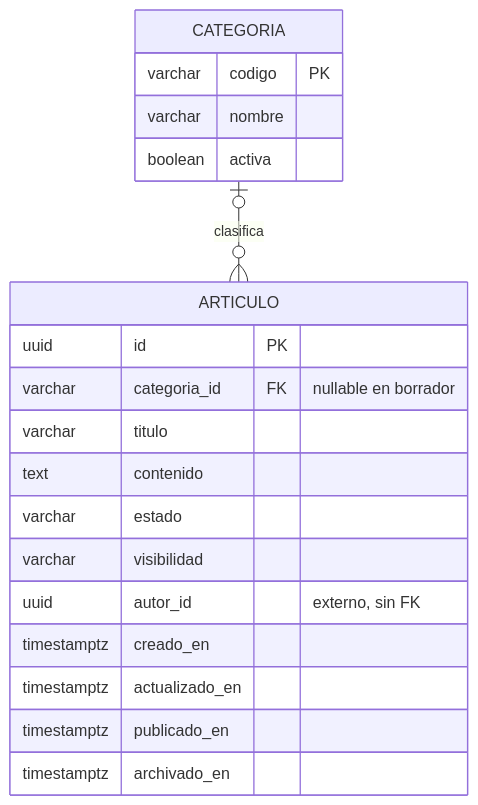
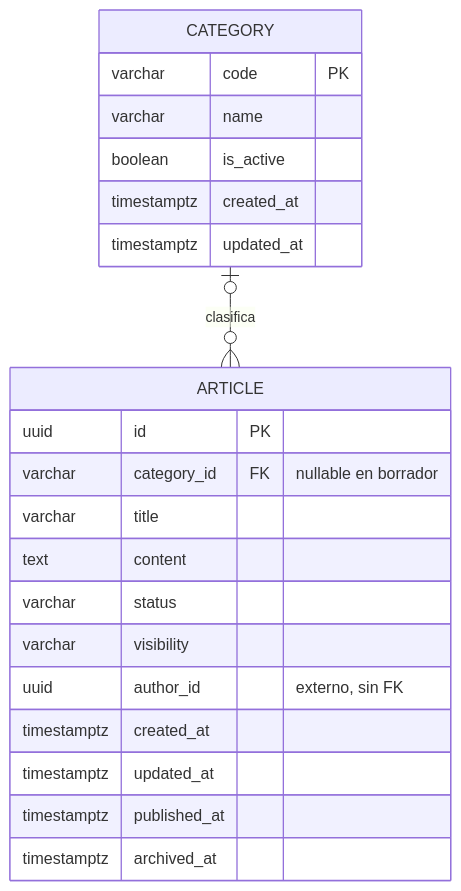
One commit to help-chair/help-chair changed the diagram in services/knowledge/docs/article-schema.md. Above: the diagram before and after it, drawn with Mermaid. The commit also changed other lines of this file and 8 other files, not shown here.

````diff
--- a/services/knowledge/docs/article-schema.md
+++ b/services/knowledge/docs/article-schema.md
@@ -36,22 +36,24 @@
 ```mermaid
 erDiagram
-  CATEGORIA |o--o{ ARTICULO : clasifica
-  CATEGORIA {
-    varchar codigo PK
-    varchar nombre
-    boolean activa
+  CATEGORY |o--o{ ARTICLE : clasifica
+  CATEGORY {
+    varchar code PK
+    varchar name
+    boolean is_active
+    timestamptz created_at
+    timestamptz updated_at
   }
-  ARTICULO {
+  ARTICLE {
     uuid id PK
-    varchar categoria_id FK "nullable en borrador"
-    varchar titulo
-    text contenido
-    varchar estado
-    varchar visibilidad
-    uuid autor_id "externo, sin FK"
-    timestamptz creado_en
-    timestamptz actualizado_en
-    timestamptz publicado_en
-    timestamptz archivado_en
+    varchar category_id FK "nullable en borrador"
+    varchar title
+    text content
+    varchar status
+    varchar visibility
+    uuid author_id "externo, sin FK"
+    timestamptz created_at
+    timestamptz updated_at
+    timestamptz published_at
+    timestamptz archived_at
   }
 ```
````
